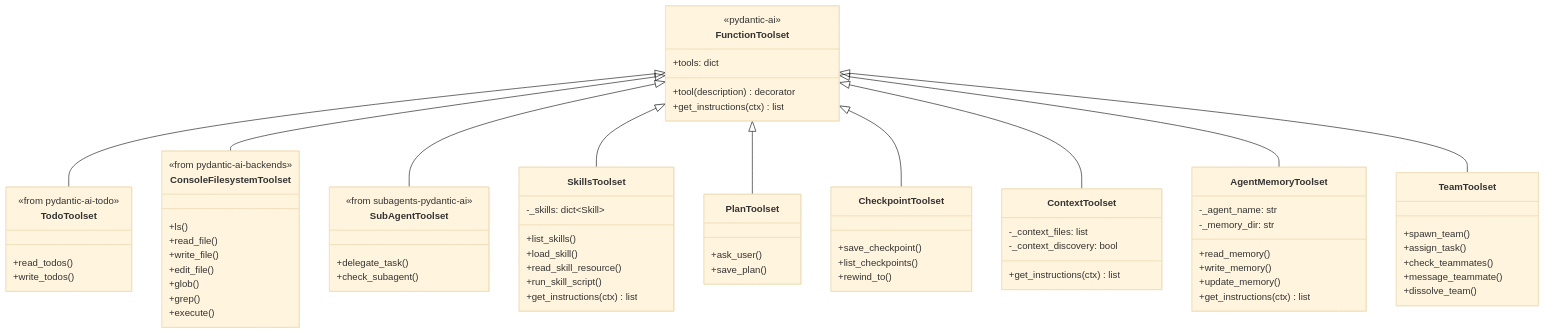
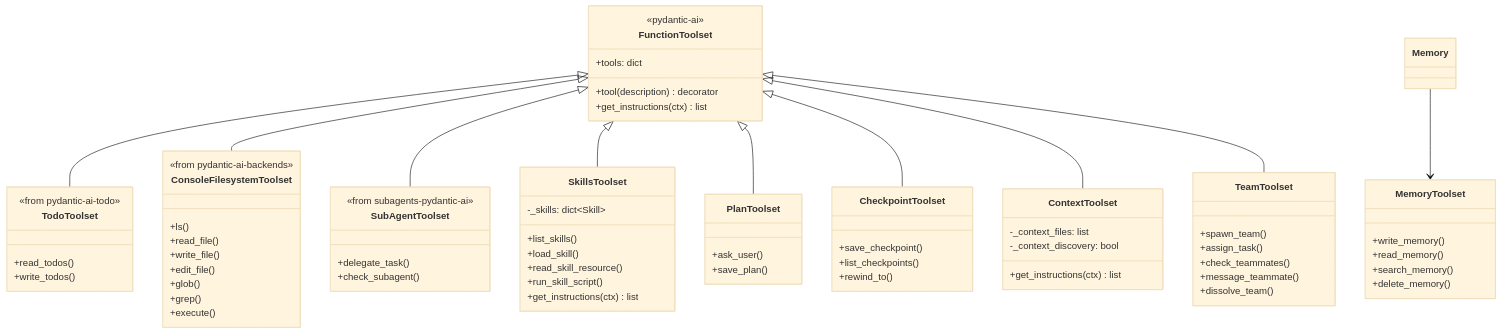
Before and after one commit to Seven-94/pydantic-deepagents: the first of 3 diagrams in docs/c4/4b-deep-dive-toolsets-and-capabilities.md, drawn with Mermaid (base theme). The commit also changed other lines of this file and 24 other files, not shown here.

````diff
--- a/docs/c4/4b-deep-dive-toolsets-and-capabilities.md
+++ b/docs/c4/4b-deep-dive-toolsets-and-capabilities.md
@@ -728,13 +735,11 @@
         -_context_discovery: bool
     }
 
-    class AgentMemoryToolset {
+    class MemoryToolset {
+        +write_memory()
         +read_memory()
-        +write_memory()
-        +update_memory()
-        +get_instructions(ctx) list
-        -_agent_name: str
-        -_memory_dir: str
+        +search_memory()
+        +delete_memory()
     }
 
     class TeamToolset {
@@ -752,6 +757,6 @@
     FunctionToolset <|-- PlanToolset
     FunctionToolset <|-- CheckpointToolset
     FunctionToolset <|-- ContextToolset
-    FunctionToolset <|-- AgentMemoryToolset
+    Memory --> MemoryToolset
     FunctionToolset <|-- TeamToolset
 ```
````
